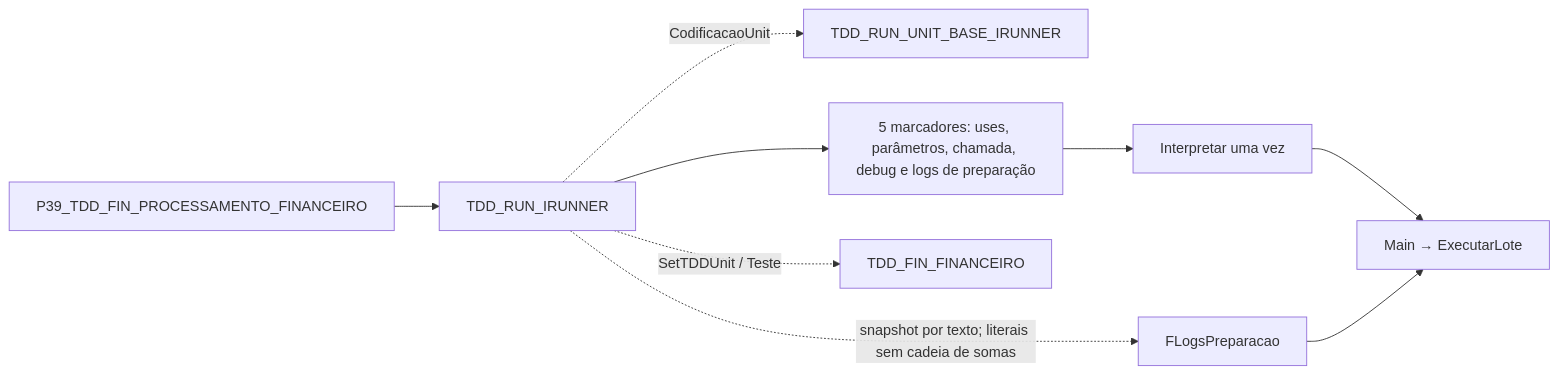
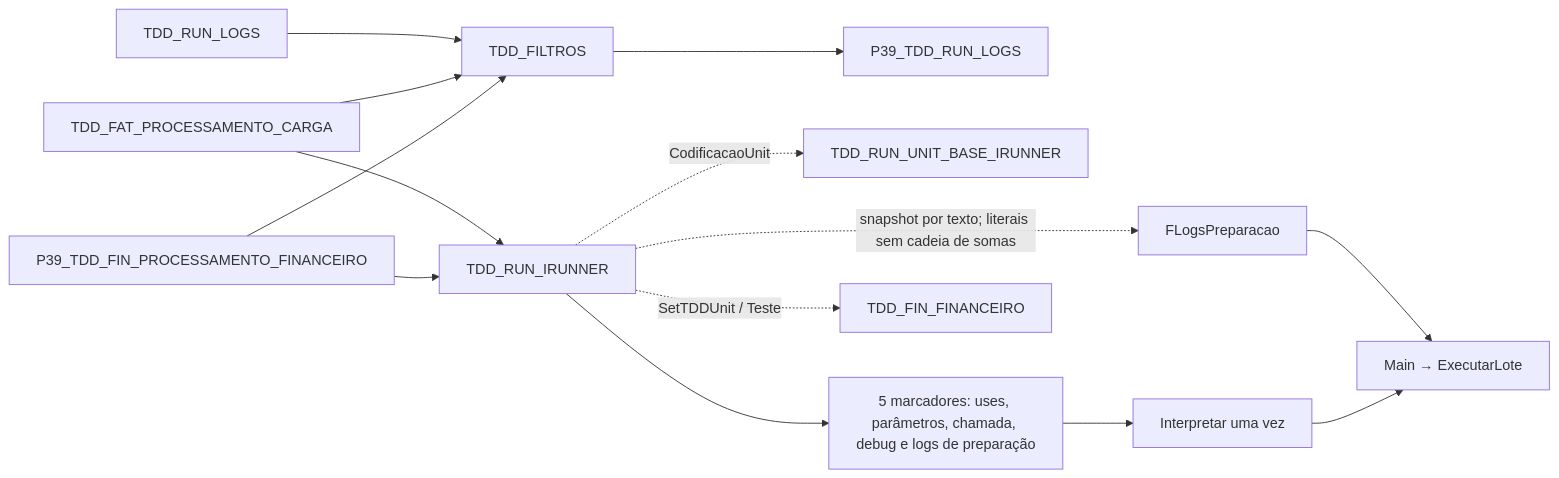
Before and after one commit to ModulosTestesAutomatizados/TestesAutomatizadosERP: the diagram in docs/MAPEAMENTO_AST_USES_UNITS/runner/geracao.md, drawn with Mermaid. The commit also changed 14 other files, not shown here.

Commit message:
docs(tdd): documentar filtros logs e sincronizacao

````diff
--- a/docs/MAPEAMENTO_AST_USES_UNITS/runner/geracao.md
+++ b/docs/MAPEAMENTO_AST_USES_UNITS/runner/geracao.md
@@ -3,11 +3,16 @@
 ```mermaid
 flowchart LR
  P39_TDD_FIN_PROCESSAMENTO_FINANCEIRO --> TDD_RUN_IRUNNER
+ P39_TDD_FIN_PROCESSAMENTO_FINANCEIRO --> TDD_FILTROS
+ TDD_FAT_PROCESSAMENTO_CARGA --> TDD_RUN_IRUNNER
+ TDD_FAT_PROCESSAMENTO_CARGA --> TDD_FILTROS
+ TDD_FILTROS --> P39_TDD_RUN_LOGS
+ TDD_RUN_LOGS --> TDD_FILTROS
  TDD_RUN_IRUNNER -. "CodificacaoUnit" .-> TDD_RUN_UNIT_BASE_IRUNNER
  TDD_RUN_IRUNNER --> M["5 marcadores: uses, parâmetros, chamada, debug e logs de preparação"]
  M --> I["Interpretar uma vez"]
  I --> L["Main → ExecutarLote"]
  TDD_RUN_IRUNNER -. "snapshot por texto; literais sem cadeia de somas" .-> P["FLogsPreparacao"]
  P --> L
  TDD_RUN_IRUNNER -. "SetTDDUnit / Teste" .-> TDD_FIN_FINANCEIRO
 ```
````
